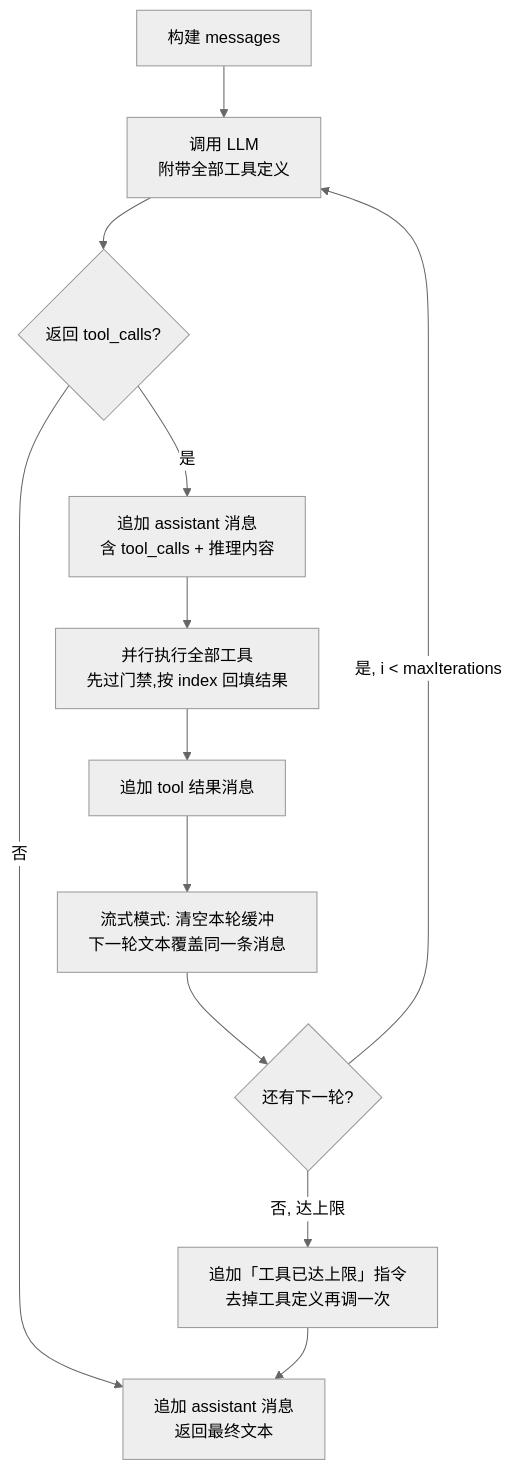
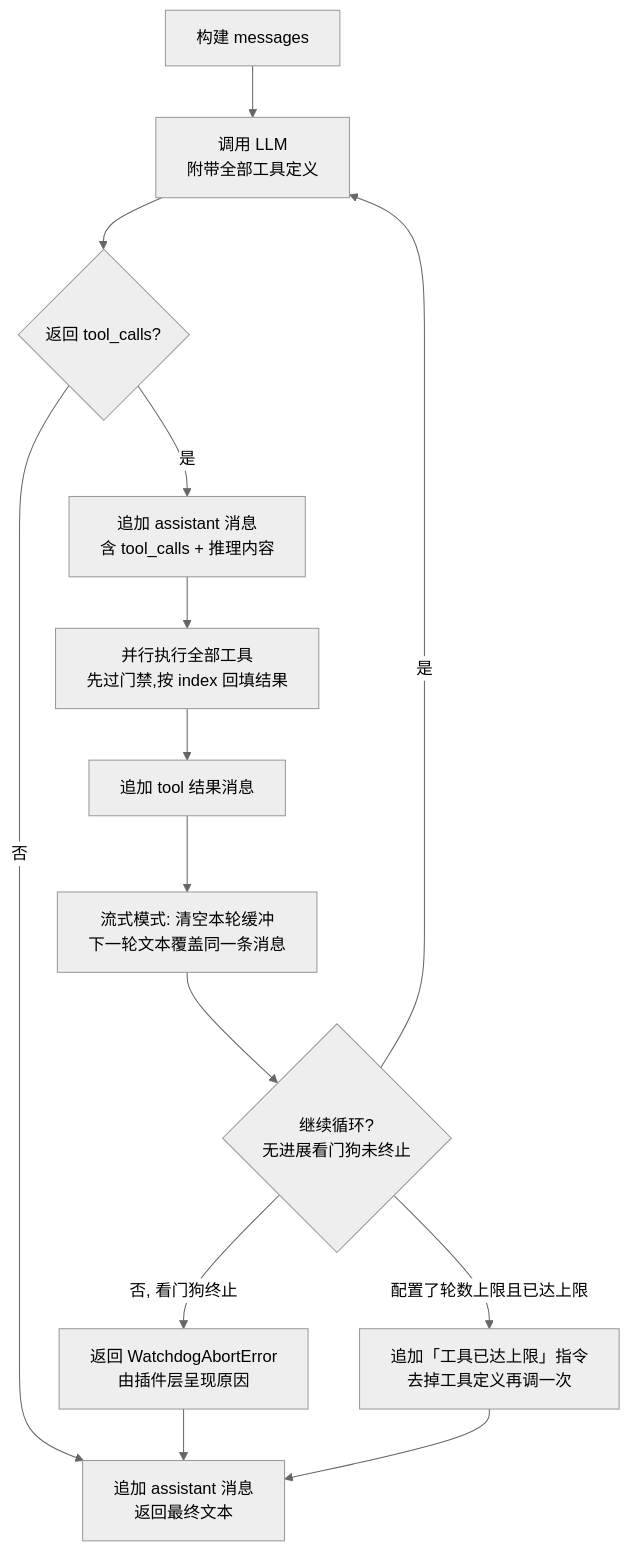
Before and after one commit to AniaBot-Project/AniaBot: the third of 3 diagrams in docs/internals/agent-llm.md, drawn with Mermaid (neutral theme). The commit also changed other lines of this file and 13 other files, not shown here.

````diff
--- a/docs/internals/agent-llm.md
+++ b/docs/internals/agent-llm.md
@@ -114,14 +122,16 @@
 ```mermaid
 flowchart TB
     A[构建 messages] --> B[调用 LLM<br/>附带全部工具定义]
     B --> C{返回 tool_calls?}
     C -->|否| D[追加 assistant 消息<br/>返回最终文本]
     C -->|是| E[追加 assistant 消息<br/>含 tool_calls + 推理内容]
     E --> F[并行执行全部工具<br/>先过门禁,按 index 回填结果]
     F --> G[追加 tool 结果消息]
     G --> H[流式模式: 清空本轮缓冲<br/>下一轮文本覆盖同一条消息]
-    H --> I{还有下一轮?}
-    I -->|是, i < maxIterations| B
-    I -->|否, 达上限| J["追加「工具已达上限」指令<br/>去掉工具定义再调一次"]
+    H --> I{继续循环?<br/>无进展看门狗未终止}
+    I -->|是| B
+    I -->|否, 看门狗终止| K["返回 WatchdogAbortError<br/>由插件层呈现原因"]
+    K --> D
+    I -->|配置了轮数上限且已达上限| J["追加「工具已达上限」指令<br/>去掉工具定义再调一次"]
     J --> D
 ```
````
